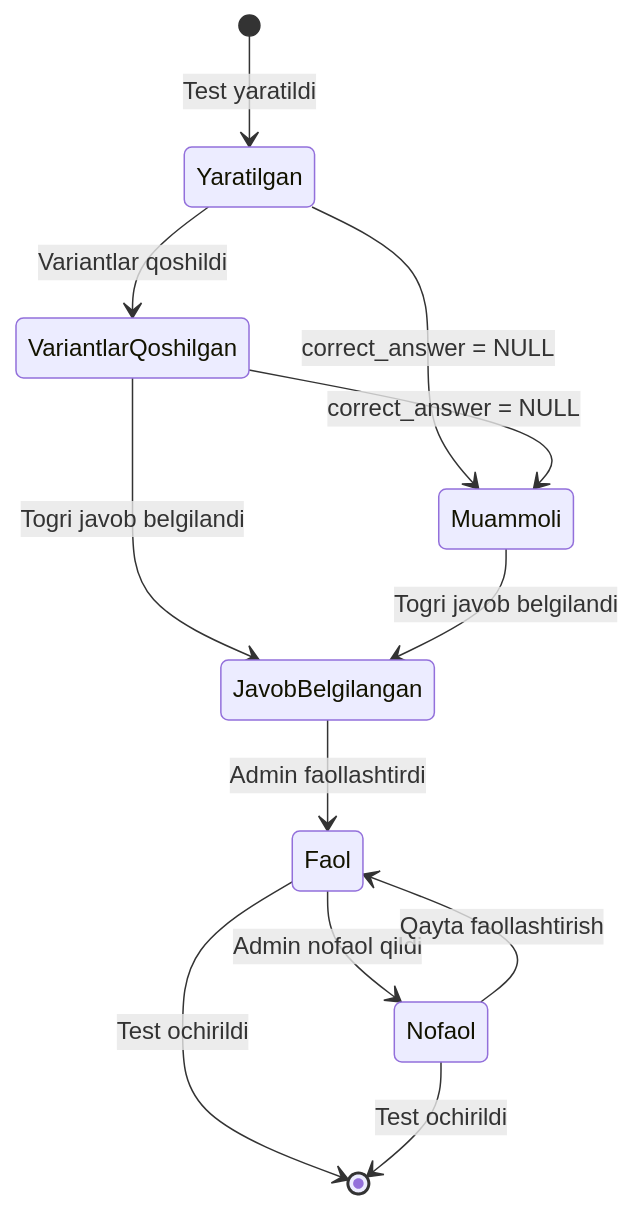
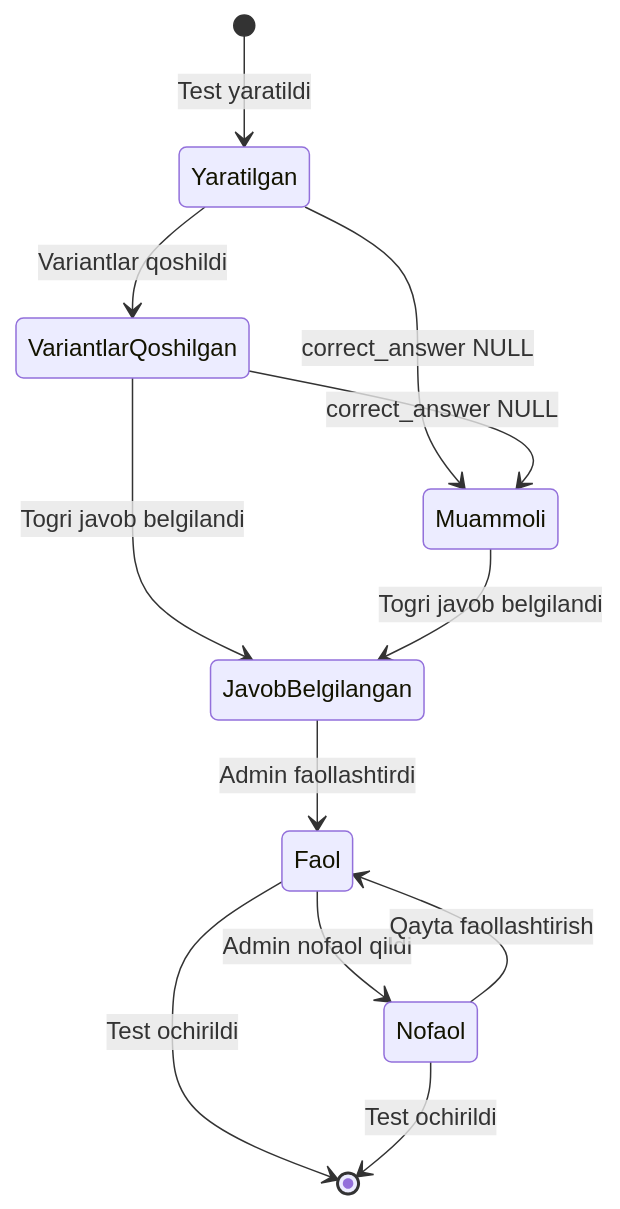
One commit to khismoiloff/BrpAvtoTest changed diagram 11 of 16 in README.md. Above: the diagram before and after it, drawn with Mermaid. The commit also changed other lines of this file, not shown here.

````diff
--- a/README.md
+++ b/README.md
@@ -589,17 +661,15 @@
 ```mermaid
 %%{init: {'theme': 'default'}}%%
 stateDiagram-v2
     [*] --> Yaratilgan: Test yaratildi
     Yaratilgan --> VariantlarQoshilgan: Variantlar qoshildi
     VariantlarQoshilgan --> JavobBelgilangan: Togri javob belgilandi
     JavobBelgilangan --> Faol: Admin faollashtirdi
     Faol --> Nofaol: Admin nofaol qildi
     Nofaol --> Faol: Qayta faollashtirish
-    
-    Yaratilgan --> Muammoli: correct_answer = NULL
-    VariantlarQoshilgan --> Muammoli: correct_answer = NULL
+    Yaratilgan --> Muammoli: correct_answer NULL
+    VariantlarQoshilgan --> Muammoli: correct_answer NULL
     Muammoli --> JavobBelgilangan: Togri javob belgilandi
-    
     Faol --> [*]: Test ochirildi
     Nofaol --> [*]: Test ochirildi
 ```
````
